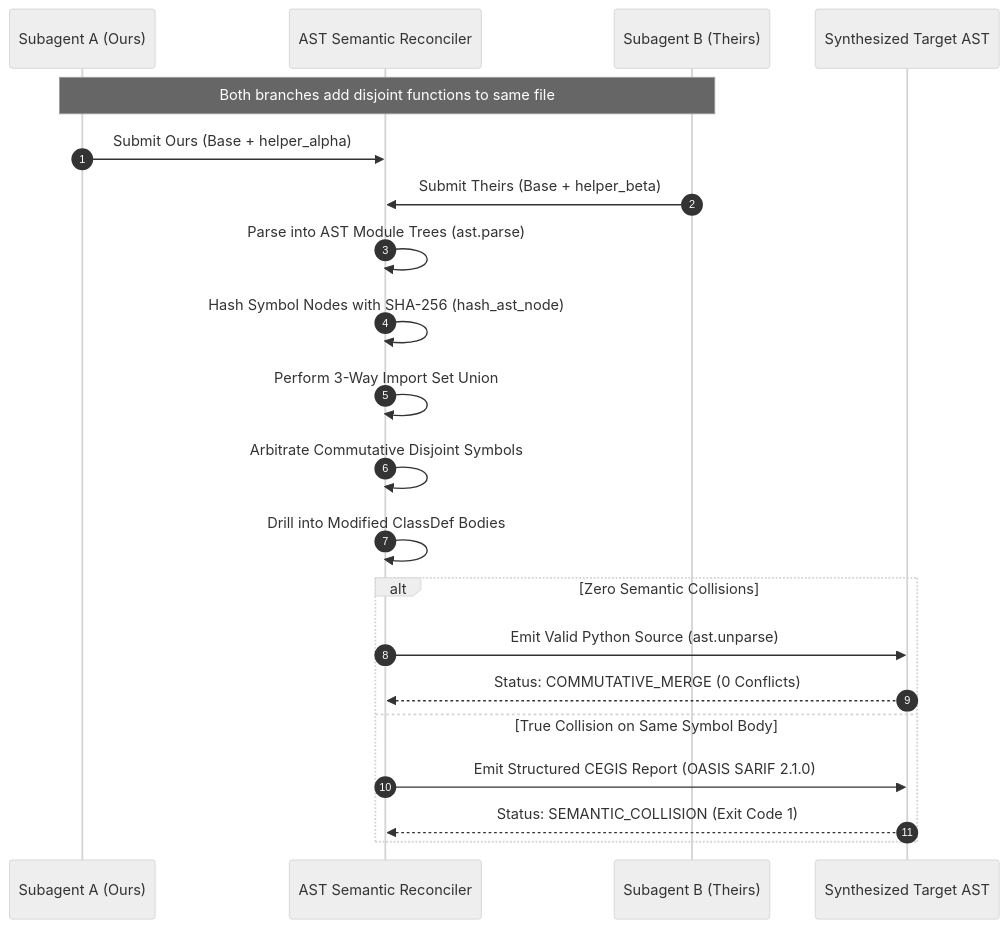
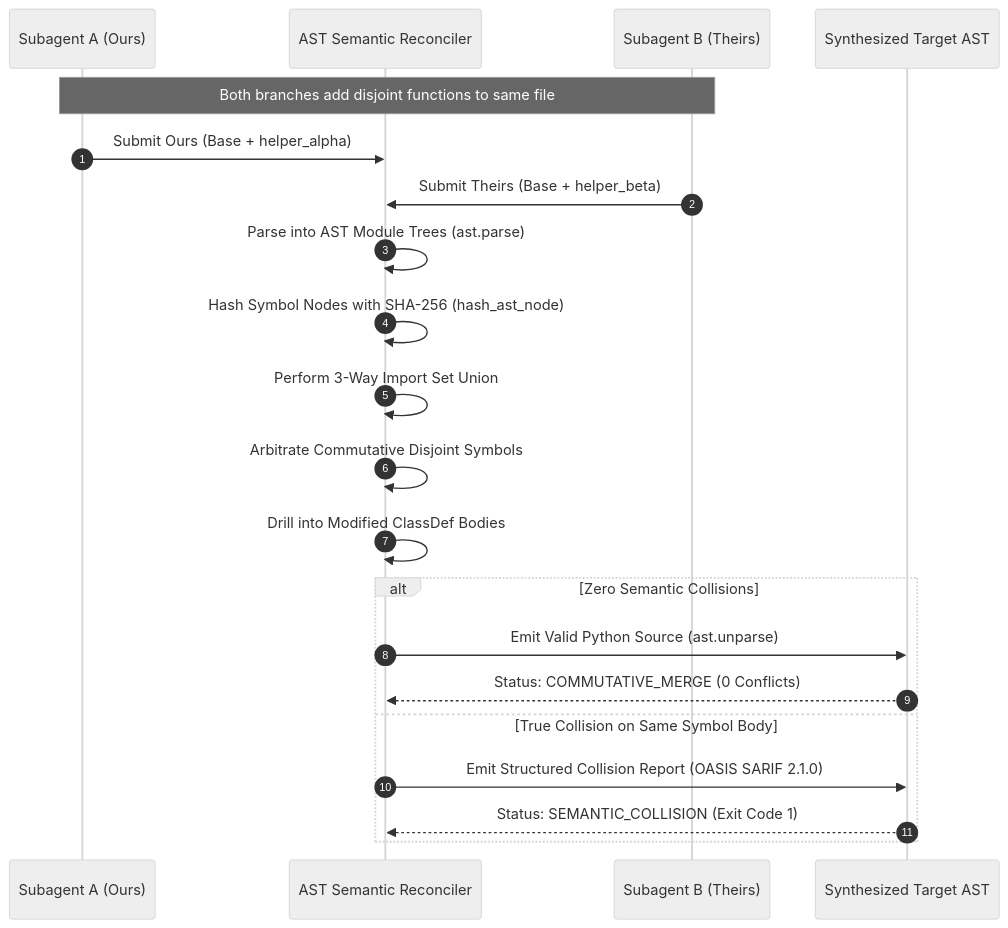
The diagram in patterns/3-way-ast-semantic-reconciliation.md (dan-petty/vibes), drawn with Mermaid (neutral theme) before and after one commit. The commit also changed other lines of this file and 248 other files, not shown here.

````diff
--- a/patterns/3-way-ast-semantic-reconciliation.md
+++ b/patterns/3-way-ast-semantic-reconciliation.md
@@ -38,26 +38,26 @@
 ```mermaid
 sequenceDiagram
     autonumber
     participant WorktreeA as Subagent A (Ours)
     participant Engine as AST Semantic Reconciler
     participant WorktreeB as Subagent B (Theirs)
     participant Output as Synthesized Target AST
 
     Note over WorktreeA,WorktreeB: Both branches add disjoint functions to same file
     WorktreeA->>Engine: Submit Ours (Base + helper_alpha)
     WorktreeB->>Engine: Submit Theirs (Base + helper_beta)
 
     Engine->>Engine: Parse into AST Module Trees (ast.parse)
     Engine->>Engine: Hash Symbol Nodes with SHA-256 (hash_ast_node)
     Engine->>Engine: Perform 3-Way Import Set Union
     Engine->>Engine: Arbitrate Commutative Disjoint Symbols
     Engine->>Engine: Drill into Modified ClassDef Bodies
 
     alt Zero Semantic Collisions
         Engine->>Output: Emit Valid Python Source (ast.unparse)
         Output-->>Engine: Status: COMMUTATIVE_MERGE (0 Conflicts)
     else True Collision on Same Symbol Body
-        Engine->>Output: Emit Structured CEGIS Report (OASIS SARIF 2.1.0)
+        Engine->>Output: Emit Structured Collision Report (OASIS SARIF 2.1.0)
         Output-->>Engine: Status: SEMANTIC_COLLISION (Exit Code 1)
     end
 ```
````
